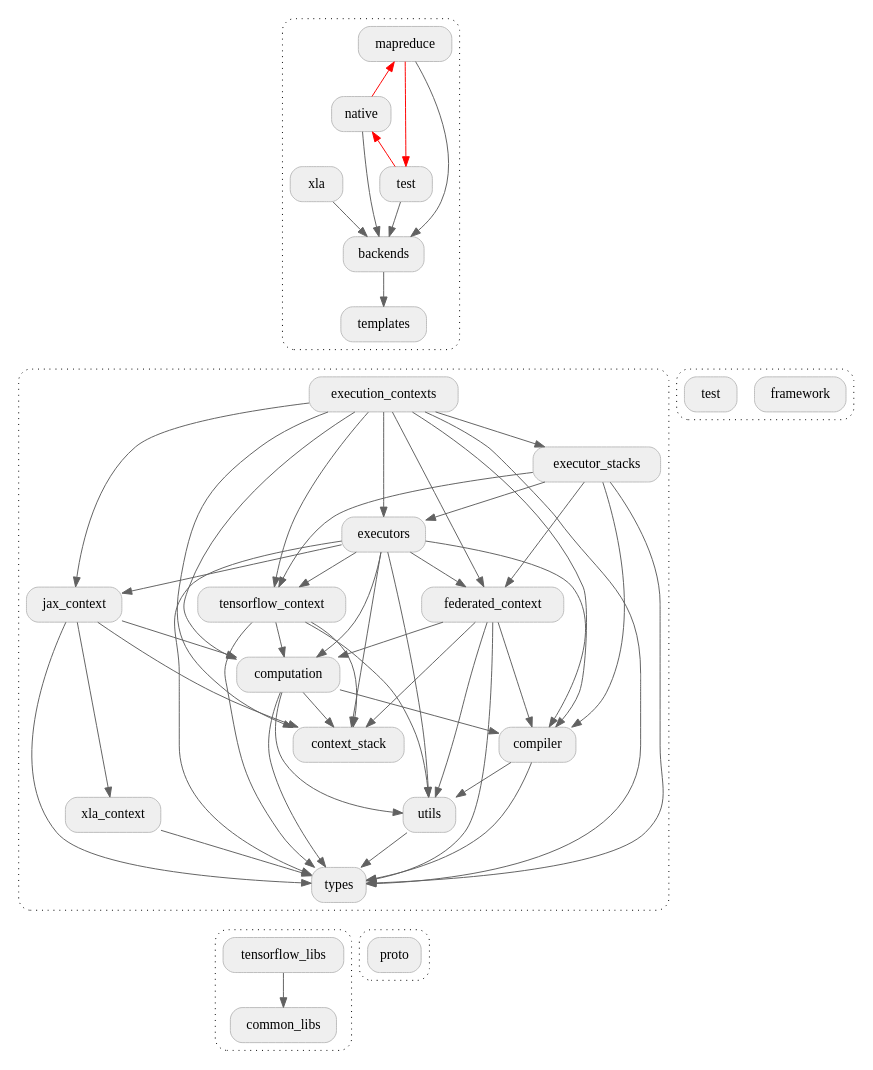
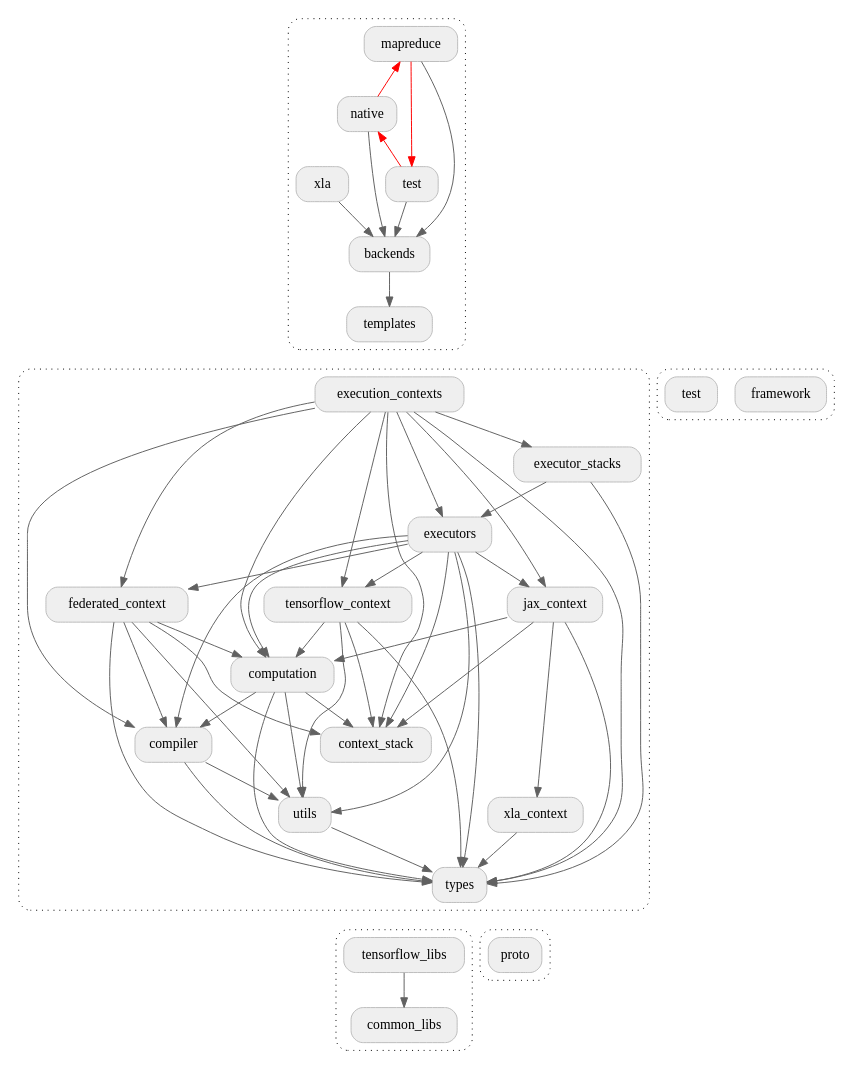
The diagram in docs/design/package_structure_core.dot (google-parfait/tensorflow-federated), drawn with Graphviz before and after one commit. The commit also changed 3 other files, not shown here.

```diff
--- a/docs/design/package_structure_core.dot
+++ b/docs/design/package_structure_core.dot
@@ -1,108 +1,105 @@
 digraph {
   graph [style="dotted,rounded"]
   node [shape="box", style="rounded,filled", fillcolor="#efefef", color="#bdbdbd"]
   edge [color="#616161"]
 
   subgraph cluster_core_0 {
     mapreduce [href="https://github.com/tensorflow/federated/blob/main/tensorflow_federated/python/core/backends/mapreduce" target="_parent",]
     native [href="https://github.com/tensorflow/federated/blob/main/tensorflow_federated/python/core/backends/native" target="_parent",]
     backends_test [label="test", href="https://github.com/tensorflow/federated/blob/main/tensorflow_federated/python/core/backends/test" target="_parent",]
     xla [href="https://github.com/tensorflow/federated/blob/main/tensorflow_federated/python/core/backends/xla" target="_parent",]
     backends [href="https://github.com/tensorflow/federated/blob/main/tensorflow_federated/python/core/backends" target="_parent"]
     templates [href="https://github.com/tensorflow/federated/blob/main/tensorflow_federated/python/core/templates" target="_parent"]
   }
 
   mapreduce -> backends
   native -> backends
   backends_test -> backends
   xla -> backends
   backends -> templates
   templates -> execution_contexts [arrowhead="none", style="invisible"]
 
   // TODO: b/233800075 - Remove dependency from `native` to `mapreduce`.
   mapreduce -> native [dir=back, color="#ff0000"]
   // TODO: b/233800373 - Remove dependency from `test` to `native`.
   native -> backends_test [dir=back, color="#ff0000"]
   // TODO: b/233801300 - Remove dependency from `mapreduce` to `test`.
   mapreduce -> backends_test [color="#ff0000"]
 
   subgraph cluster_core_1 {
     framework [href="https://github.com/tensorflow/federated/blob/main/tensorflow_federated/python/core/framework" target="_parent"]
     test [href="https://github.com/tensorflow/federated/blob/main/tensorflow_federated/python/core/test" target="_parent"]
   }
 
   framework -> executor_stacks [arrowhead="none", style="invisible"]
   test -> executor_stacks [arrowhead="none", style="invisible"]
 
   subgraph cluster_core_2 {
     execution_contexts [href="https://github.com/tensorflow/federated/blob/main/tensorflow_federated/python/core/impl/execution_contexts" target="_parent"]
     executor_stacks [href="https://github.com/tensorflow/federated/blob/main/tensorflow_federated/python/core/impl/executor_stacks" target="_parent"]
     executors [href="https://github.com/tensorflow/federated/blob/main/tensorflow_federated/python/core/impl/executors" target="_parent"]
     federated_context [href="https://github.com/tensorflow/federated/blob/main/tensorflow_federated/python/core/impl/federated_context" target="_parent"]
     tensorflow_context [href="https://github.com/tensorflow/federated/blob/main/tensorflow_federated/python/core/impl/tensorflow_context" target="_parent"]
     jax_context [href="https://github.com/tensorflow/federated/blob/main/tensorflow_federated/python/core/impl/jax_context" target="_parent"]
     xla_context [href="https://github.com/tensorflow/federated/blob/main/tensorflow_federated/python/core/impl/jax_context" target="_parent"]
     computation [href="https://github.com/tensorflow/federated/blob/main/tensorflow_federated/python/core/impl/computation" target="_parent"]
     compiler [href="https://github.com/tensorflow/federated/blob/main/tensorflow_federated/python/core/impl/compiler" target="_parent"]
     utils [href="https://github.com/tensorflow/federated/blob/main/tensorflow_federated/python/core/impl/utils" target="_parent"]
     types [href="https://github.com/tensorflow/federated/blob/main/tensorflow_federated/python/core/impl/types" target="_parent"]
     context_stack [href="https://github.com/tensorflow/federated/blob/main/tensorflow_federated/python/core/impl/context_stack" target="_parent"]
   }
 
   execution_contexts -> executor_stacks
   execution_contexts -> executors
   execution_contexts -> federated_context
   execution_contexts -> tensorflow_context
   execution_contexts -> jax_context
   execution_contexts -> computation
   execution_contexts -> compiler
   execution_contexts -> types
   execution_contexts -> context_stack
-  executor_stacks -> federated_context
-  executor_stacks -> tensorflow_context
   executor_stacks -> executors
-  executor_stacks -> compiler
   executor_stacks -> types
   executors -> federated_context
   executors -> tensorflow_context
   executors -> jax_context
   executors -> computation
   executors -> compiler
   executors -> utils
   executors -> types
   executors -> context_stack
   federated_context -> computation
   federated_context -> compiler
   federated_context -> utils
   federated_context -> types
   federated_context -> context_stack
   tensorflow_context -> computation
   tensorflow_context -> utils
   tensorflow_context -> types
   tensorflow_context -> context_stack
   jax_context -> xla_context
   jax_context -> computation
   jax_context -> types
   jax_context -> context_stack
   xla_context -> types
   computation -> compiler
   computation -> utils
   computation -> types
   computation -> context_stack
   compiler -> utils
   compiler -> types
   utils -> types
   types -> tensorflow_libs [arrowhead="none", style="invisible"]
   types -> proto [arrowhead="none", style="invisible"]
 
   subgraph cluster_core_3 {
     tensorflow_libs [href="https://github.com/tensorflow/federated/blob/main/tensorflow_federated/python/tensorflow_libs" target="_parent"]
     common_libs [href="https://github.com/tensorflow/federated/blob/main/tensorflow_federated/python/common_libs" target="_parent"]
   }
 
   tensorflow_libs -> common_libs
 
   subgraph cluster_core_4 {
     proto [href="https://github.com/tensorflow/federated/blob/main/tensorflow_federated/proto" target="_parent"]
   }
 }
```
